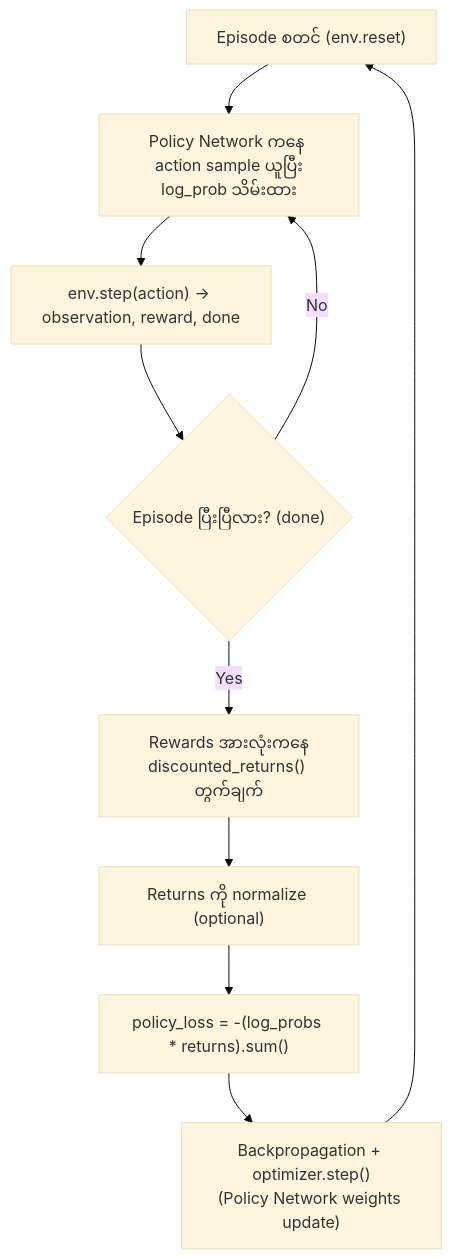
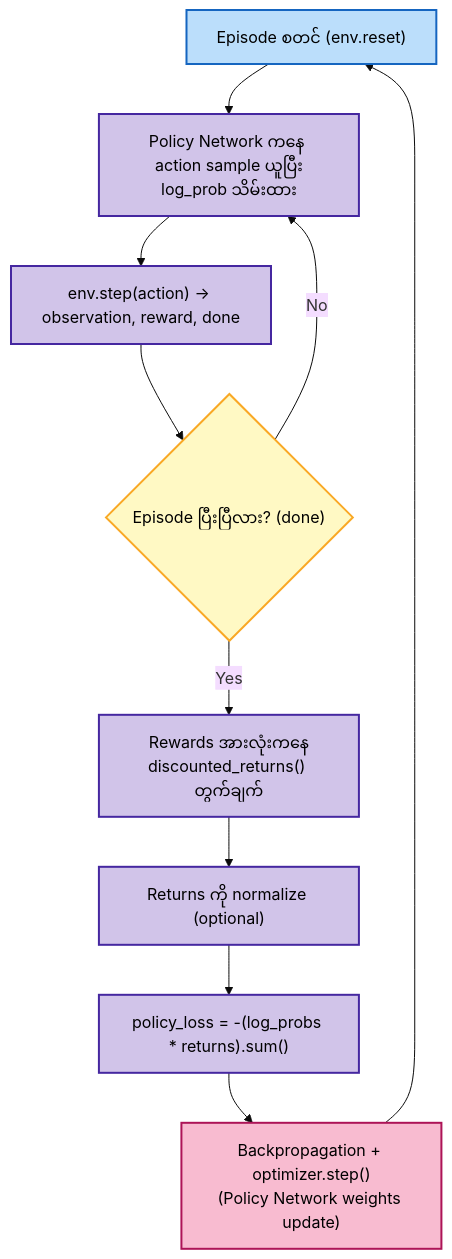
One commit to Open-Source-Robotics-For-Myanmar/rl changed the third of 3 diagrams in rl_code/docker/04_reinforce/README.md. Above: the diagram before and after it, drawn with Mermaid (base theme). The commit also changed other lines of this file and 1 other file, not shown here.

````diff
--- a/rl_code/docker/04_reinforce/README.md
+++ b/rl_code/docker/04_reinforce/README.md
@@ -37,12 +59,22 @@
 ```mermaid
 flowchart TD
     A["Episode စတင် (env.reset)"] --> B["Policy Network ကနေ action sample ယူပြီး<br/>log_prob သိမ်းထား"]
     B --> C["env.step(action) → observation, reward, done"]
     C --> D{"Episode ပြီးပြီလား? (done)"}
     D -- No --> B
     D -- Yes --> E["Rewards အားလုံးကနေ<br/>discounted_returns() တွက်ချက်"]
     E --> F["Returns ကို normalize (optional)"]
     F --> G["policy_loss = -(log_probs * returns).sum()"]
     G --> H["Backpropagation + optimizer.step()<br/>(Policy Network weights update)"]
     H --> A
+
+    classDef startStyle fill:#bbdefb,stroke:#1565c0,stroke-width:2px,color:#000
+    classDef processStyle fill:#d1c4e9,stroke:#4527a0,stroke-width:2px,color:#000
+    classDef decisionStyle fill:#fff9c4,stroke:#f9a825,stroke-width:2px,color:#000
+    classDef finalStyle fill:#f8bbd0,stroke:#ad1457,stroke-width:2px,color:#000
+
+    class A startStyle
+    class B,C,E,F,G processStyle
+    class D decisionStyle
+    class H finalStyle
 ```
````
